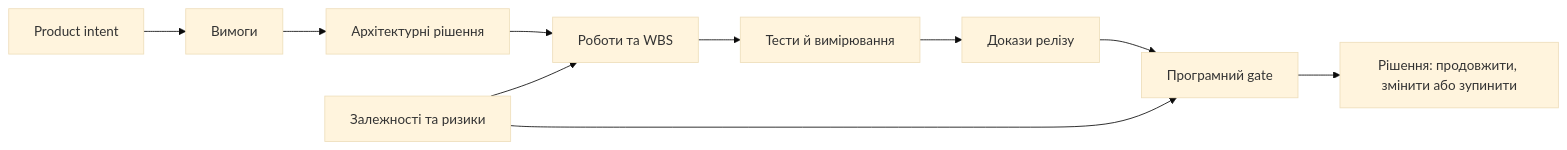
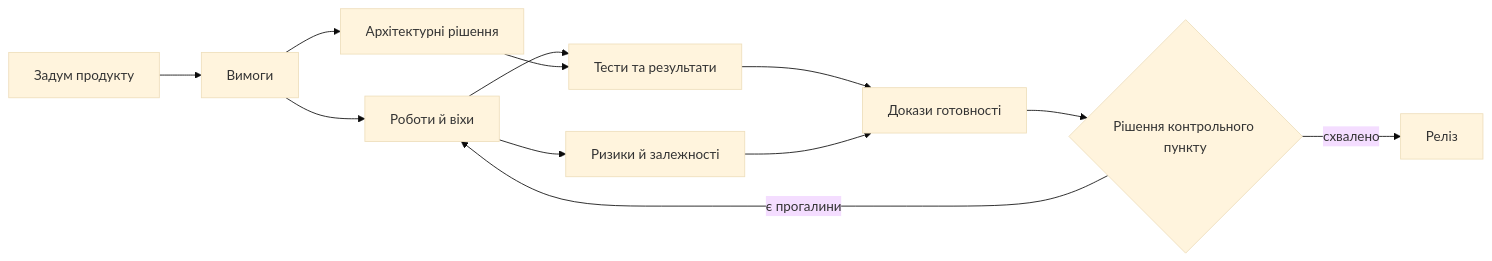
One commit to nick-fedchik/articles changed the diagram in Project_Management/DOU-Project-Programme-Management-Systems-UA.md. Above: the diagram before and after it, drawn with Mermaid (base theme). The commit also changed other lines of this file and 29 other files, not shown here.

````diff
--- a/Project_Management/DOU-Project-Programme-Management-Systems-UA.md
+++ b/Project_Management/DOU-Project-Programme-Management-Systems-UA.md
@@ -11,12 +29,14 @@
 ```mermaid
 flowchart LR
-  PI[Product intent] --> R[Вимоги]
-  R --> A[Архітектурні рішення]
-  A --> W[Роботи та WBS]
-  W --> T[Тести й вимірювання]
-  T --> E[Докази релізу]
-  D[Залежності та ризики] --> W
-  D --> G[Програмний gate]
-  E --> G
-  G --> O[Рішення: продовжити, змінити або зупинити]
+    PI[Задум продукту] --> R[Вимоги]
+    R --> W[Роботи й віхи]
+    W --> T[Тести та результати]
+    R --> D[Архітектурні рішення]
+    D --> T
+    W --> K[Ризики й залежності]
+    T --> E[Докази готовності]
+    K --> E
+    E --> G{Рішення контрольного пункту}
+    G -->|схвалено| REL[Реліз]
+    G -->|є прогалини| W
 ```
````
